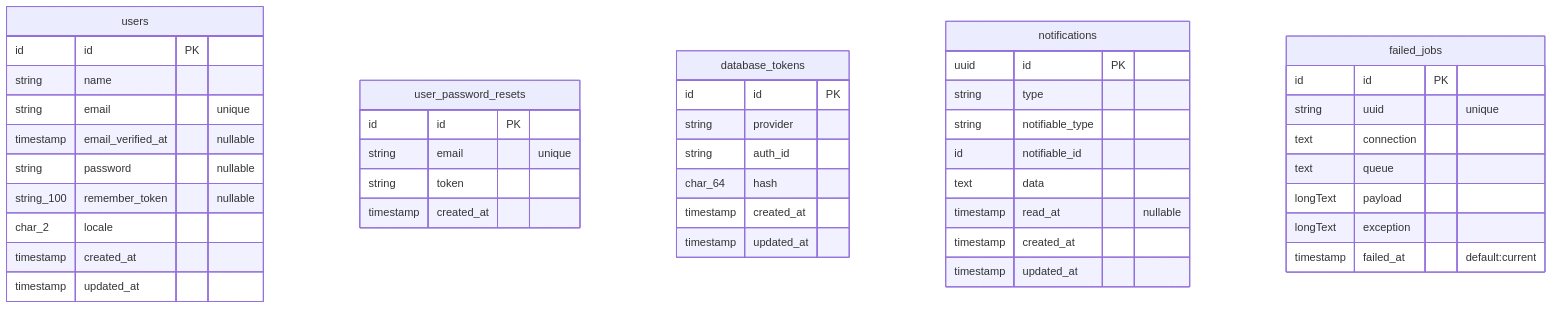
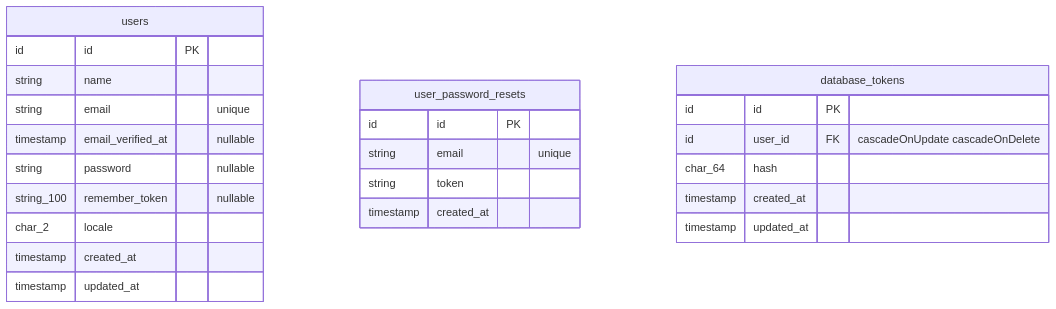
One commit to tomchochola/laratchi-boilerplate changed the diagram in docs/database_schema.md. Above: the diagram before and after it, drawn with Mermaid. The commit also changed 49 other files, not shown here.

````diff
--- a/docs/database_schema.md
+++ b/docs/database_schema.md
@@ -3,52 +3,30 @@
 ```mermaid
 erDiagram
 
 users {
   id id PK
   string name
   string email "unique"
   timestamp email_verified_at "nullable"
   string password "nullable"
   string_100 remember_token "nullable"
   char_2 locale
   timestamp created_at
   timestamp updated_at
 }
 
 user_password_resets {
   id id PK
   string email "unique"
   string token
   timestamp created_at
 }
 
 database_tokens {
   id id PK
-  string provider
-  string auth_id
+  id user_id FK "cascadeOnUpdate cascadeOnDelete"
   char_64 hash
   timestamp created_at
   timestamp updated_at
 }
-
-notifications {
-  uuid id PK
-  string type
-  string notifiable_type
-  id notifiable_id
-  text data
-  timestamp read_at "nullable"
-  timestamp created_at
-  timestamp updated_at
-}
-
-failed_jobs {
-  id id PK
-  string uuid "unique"
-  text connection
-  text queue
-  longText payload
-  longText exception
-  timestamp failed_at "default:current"
-}
 ```
````
